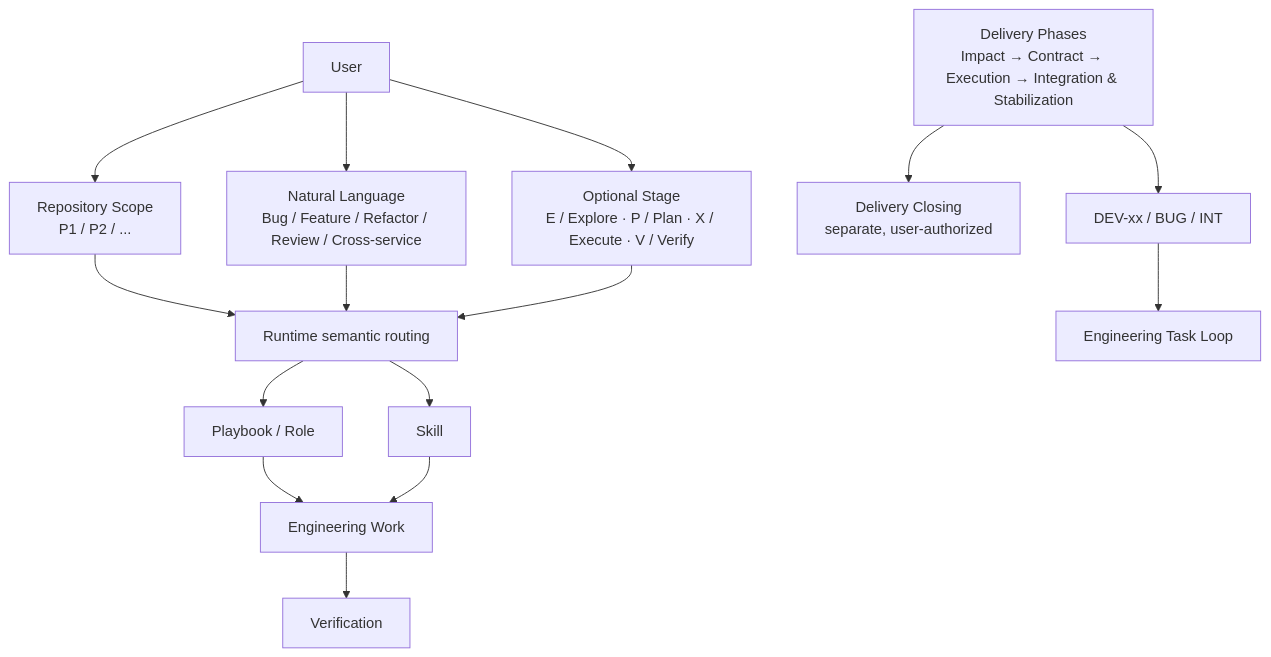
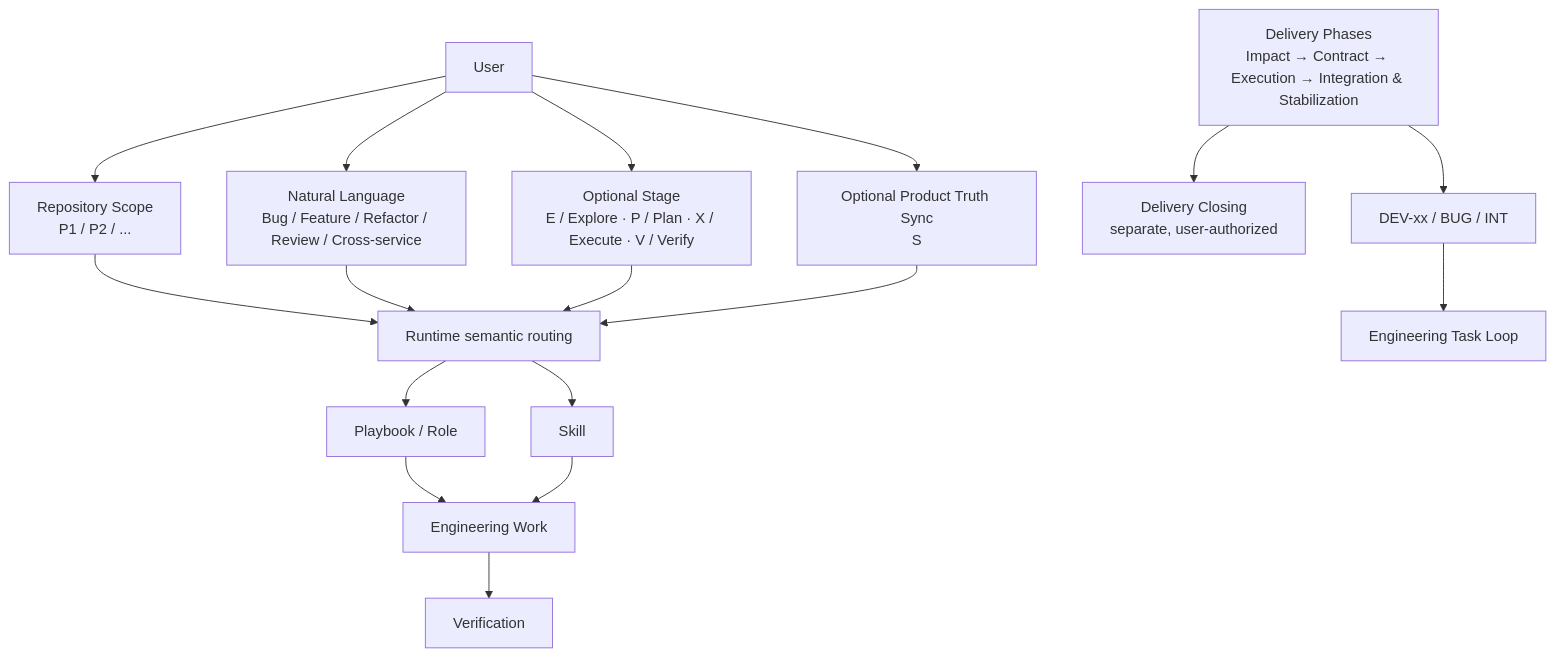
Before and after one commit to cnxutu/tu-engineering-workbench: the first of 9 diagrams in docs/workflows/engineering-task-loop/README.md, drawn with Mermaid. The commit also changed other lines of this file and 13 other files, not shown here.

````diff
--- a/docs/workflows/engineering-task-loop/README.md
+++ b/docs/workflows/engineering-task-loop/README.md
@@ -19,17 +20,19 @@
 ```mermaid
 flowchart TD
     U[User] --> S[Repository Scope<br/>P1 / P2 / ...]
     U --> T[Natural Language<br/>Bug / Feature / Refactor / Review / Cross-service]
     U --> G[Optional Stage<br/>E / Explore · P / Plan · X / Execute · V / Verify]
+    U --> PS[Optional Product Truth Sync<br/>S]
     S --> R[Runtime semantic routing]
     T --> R
     G --> R
+    PS --> R
     R --> PB[Playbook / Role]
     R --> SK[Skill]
     PB --> W[Engineering Work]
     SK --> W
     W --> V[Verification]
     FD[Delivery Phases<br/>Impact → Contract → Execution → Integration & Stabilization] --> CL[Delivery Closing<br/>separate, user-authorized]
     FD --> FI[DEV-xx / BUG / INT]
     FI --> ETL[Engineering Task Loop]
 ```
````
